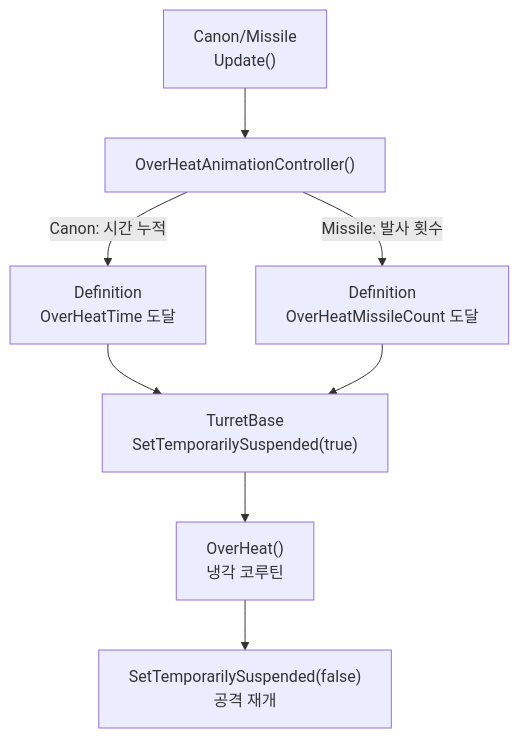
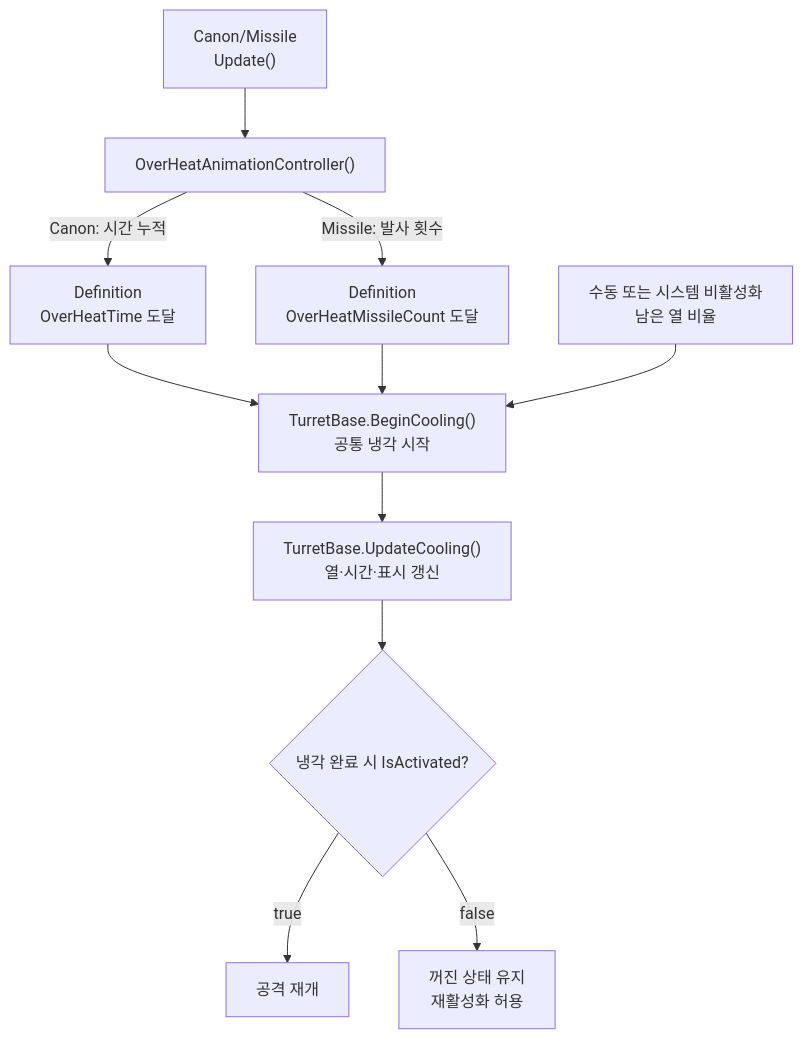
Before and after one commit to Team-HJD-21/unity-6-the-developer: the tenth of 16 diagrams in Docs/architecture/turret-system-guide.md, drawn with Mermaid. The commit also changed other lines of this file and 5 other files, not shown here.

Commit message:
fix(turret): unify cooling behavior

````diff
--- a/Docs/architecture/turret-system-guide.md
+++ b/Docs/architecture/turret-system-guide.md
@@ -449,10 +449,13 @@
 ```mermaid
 flowchart TD
     Combat["Canon/Missile<br>Update()"] --> Check["OverHeatAnimationController()"]
     Check -->|Canon: 시간 누적| CanonHeat["Definition<br>OverHeatTime 도달"]
     Check -->|Missile: 발사 횟수| MissileHeat["Definition<br>OverHeatMissileCount 도달"]
-    CanonHeat --> Suspend["TurretBase<br>SetTemporarilySuspended(true)"]
-    MissileHeat --> Suspend
-    Suspend --> Cool["OverHeat()<br>냉각 코루틴"]
-    Cool --> Resume["SetTemporarilySuspended(false)<br>공격 재개"]
+    CanonHeat --> Begin["TurretBase.BeginCooling()<br>공통 냉각 시작"]
+    MissileHeat --> Begin
+    Off["수동 또는 시스템 비활성화<br>남은 열 비율"] --> Begin
+    Begin --> Cool["TurretBase.UpdateCooling()<br>열·시간·표시 갱신"]
+    Cool --> Complete{"냉각 완료 시 IsActivated?"}
+    Complete -->|true| Resume["공격 재개"]
+    Complete -->|false| Ready["꺼진 상태 유지<br>재활성화 허용"]
 ```
````
